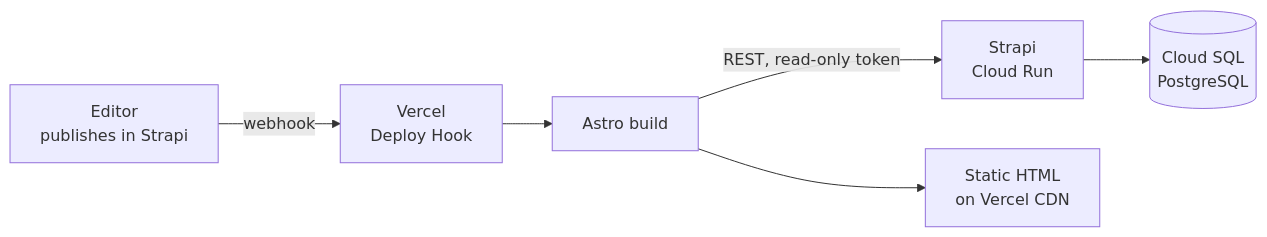
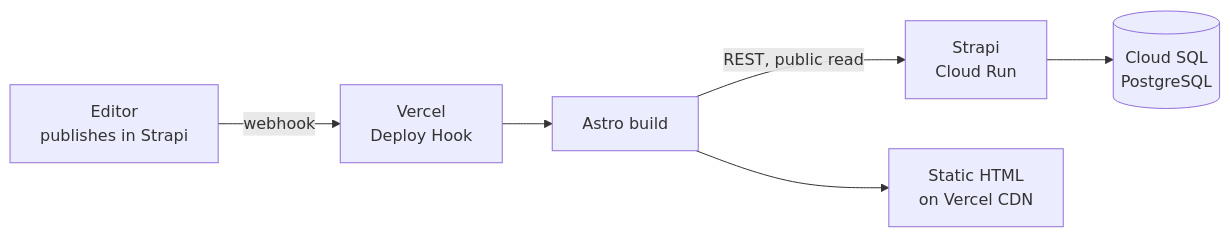
One commit to AnggaWikaNugraha/knowly-headless-cms changed the first of 3 diagrams in docs/ARCHITECTURE.md. Above: the diagram before and after it, drawn with Mermaid. The commit also changed other lines of this file and 32 other files, not shown here.

````diff
--- a/docs/ARCHITECTURE.md
+++ b/docs/ARCHITECTURE.md
@@ -65,8 +65,8 @@
 ```mermaid
 flowchart LR
     E["Editor<br/>publishes in Strapi"] -->|webhook| VH["Vercel<br/>Deploy Hook"]
     VH --> B["Astro build"]
-    B -->|"REST, read-only token"| S["Strapi<br/>Cloud Run"]
+    B -->|"REST, public read"| S["Strapi<br/>Cloud Run"]
     S --> DB[("Cloud SQL<br/>PostgreSQL")]
     B --> ST["Static HTML<br/>on Vercel CDN"]
 ```
````
